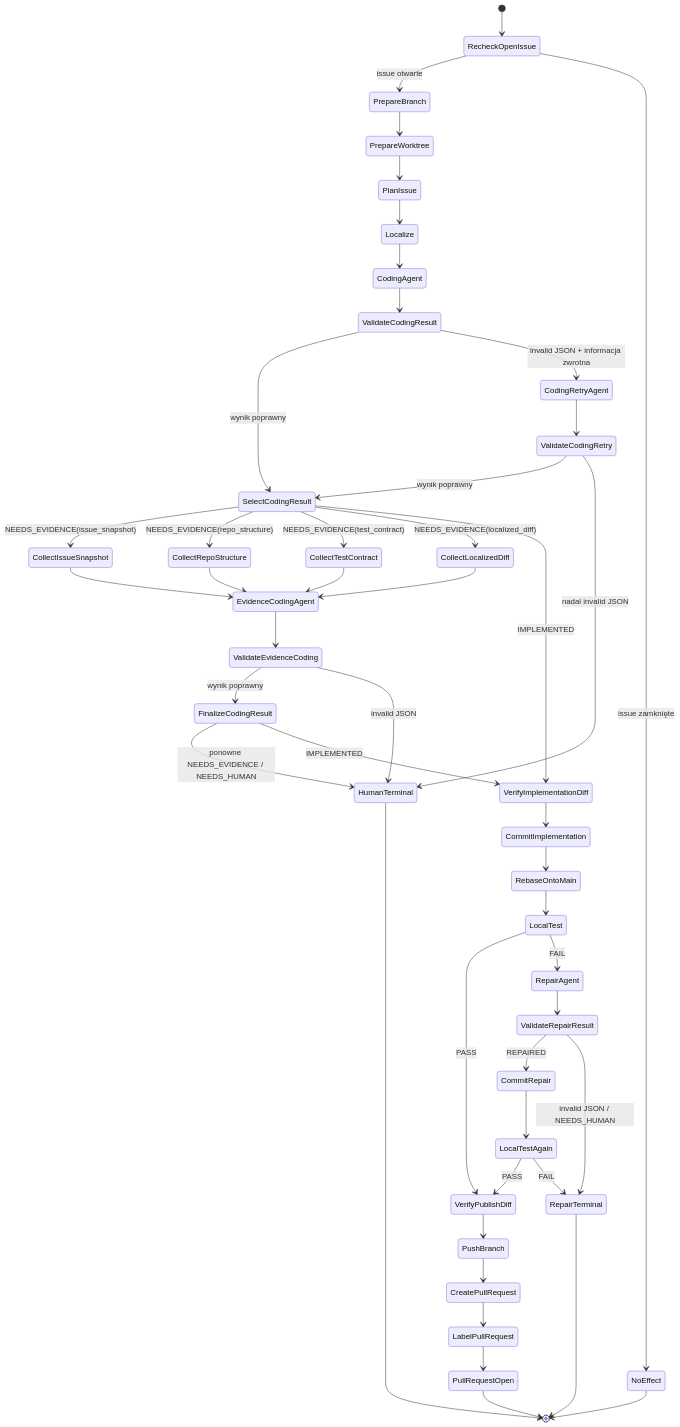
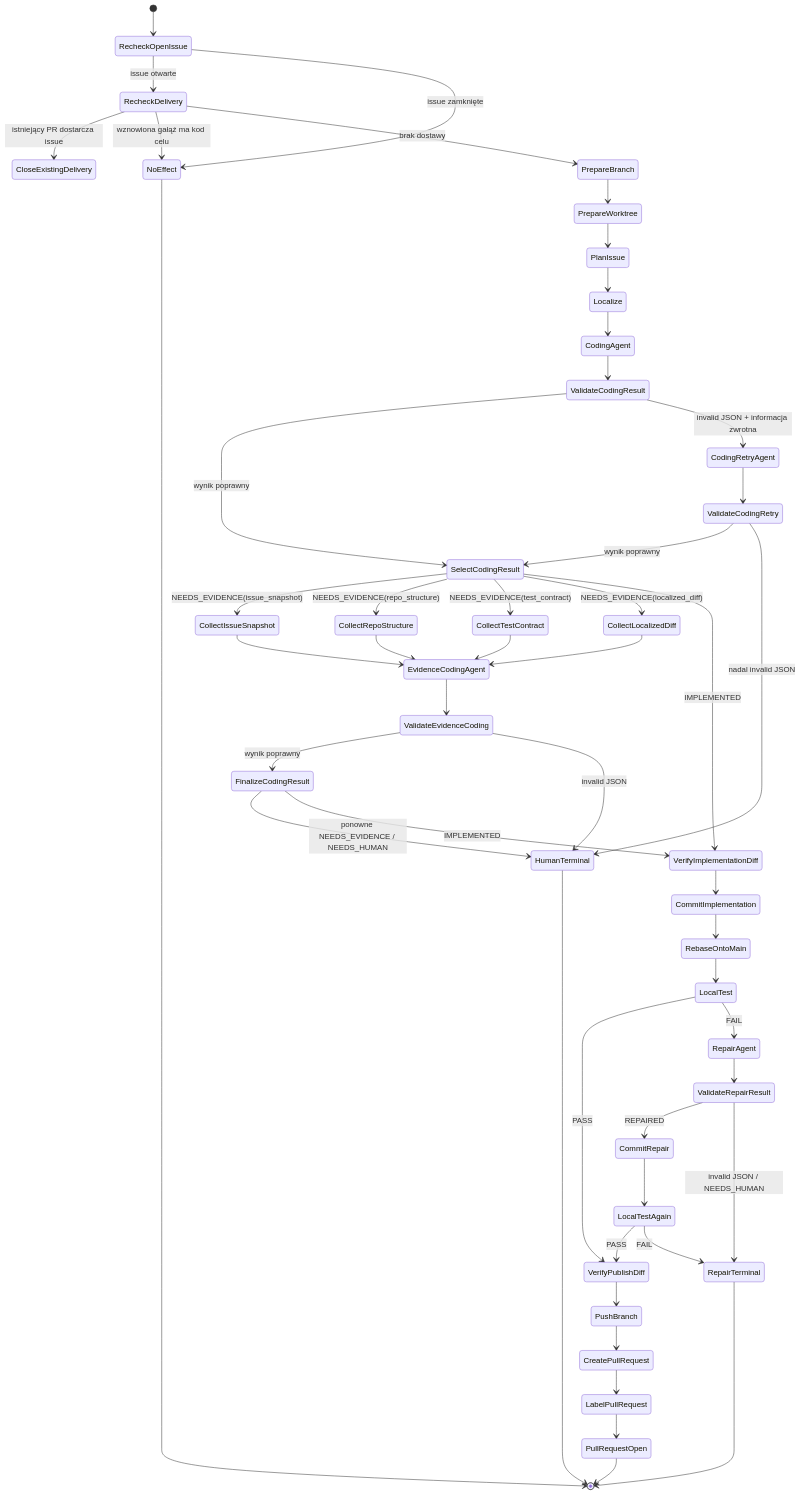
The third of 6 diagrams in README.md (mikolaj92/lokay), drawn with Mermaid before and after one commit. The commit also changed other lines of this file and 40 other files, not shown here.

````diff
--- a/README.md
+++ b/README.md
@@ -155,49 +155,52 @@
 ```mermaid
 stateDiagram-v2
     [*] --> RecheckOpenIssue
-    RecheckOpenIssue --> PrepareBranch: issue otwarte
+    RecheckOpenIssue --> RecheckDelivery: issue otwarte
     RecheckOpenIssue --> NoEffect: issue zamknięte
+    RecheckDelivery --> CloseExistingDelivery: istniejący PR dostarcza issue
+    RecheckDelivery --> NoEffect: wznowiona gałąź ma kod celu
+    RecheckDelivery --> PrepareBranch: brak dostawy
     PrepareBranch --> PrepareWorktree
     PrepareWorktree --> PlanIssue
     PlanIssue --> Localize
     Localize --> CodingAgent
     CodingAgent --> ValidateCodingResult
     ValidateCodingResult --> SelectCodingResult: wynik poprawny
     ValidateCodingResult --> CodingRetryAgent: invalid JSON + informacja zwrotna
     CodingRetryAgent --> ValidateCodingRetry
     ValidateCodingRetry --> SelectCodingResult: wynik poprawny
     ValidateCodingRetry --> HumanTerminal: nadal invalid JSON
     SelectCodingResult --> CollectIssueSnapshot: NEEDS_EVIDENCE(issue_snapshot)
     SelectCodingResult --> CollectRepoStructure: NEEDS_EVIDENCE(repo_structure)
     SelectCodingResult --> CollectTestContract: NEEDS_EVIDENCE(test_contract)
     SelectCodingResult --> CollectLocalizedDiff: NEEDS_EVIDENCE(localized_diff)
     CollectIssueSnapshot --> EvidenceCodingAgent
     CollectRepoStructure --> EvidenceCodingAgent
     CollectTestContract --> EvidenceCodingAgent
     CollectLocalizedDiff --> EvidenceCodingAgent
     EvidenceCodingAgent --> ValidateEvidenceCoding
     ValidateEvidenceCoding --> FinalizeCodingResult: wynik poprawny
     ValidateEvidenceCoding --> HumanTerminal: invalid JSON
     FinalizeCodingResult --> HumanTerminal: ponowne NEEDS_EVIDENCE / NEEDS_HUMAN
     SelectCodingResult --> VerifyImplementationDiff: IMPLEMENTED
     FinalizeCodingResult --> VerifyImplementationDiff: IMPLEMENTED
     VerifyImplementationDiff --> CommitImplementation
     CommitImplementation --> RebaseOntoMain
     RebaseOntoMain --> LocalTest
     LocalTest --> VerifyPublishDiff: PASS
     LocalTest --> RepairAgent: FAIL
     RepairAgent --> ValidateRepairResult
     ValidateRepairResult --> CommitRepair: REPAIRED
     ValidateRepairResult --> RepairTerminal: invalid JSON / NEEDS_HUMAN
     CommitRepair --> LocalTestAgain
     LocalTestAgain --> VerifyPublishDiff: PASS
     LocalTestAgain --> RepairTerminal: FAIL
     VerifyPublishDiff --> PushBranch
     PushBranch --> CreatePullRequest
     CreatePullRequest --> LabelPullRequest
     LabelPullRequest --> PullRequestOpen
     PullRequestOpen --> [*]
     NoEffect --> [*]
     HumanTerminal --> [*]
     RepairTerminal --> [*]
 ```
````
